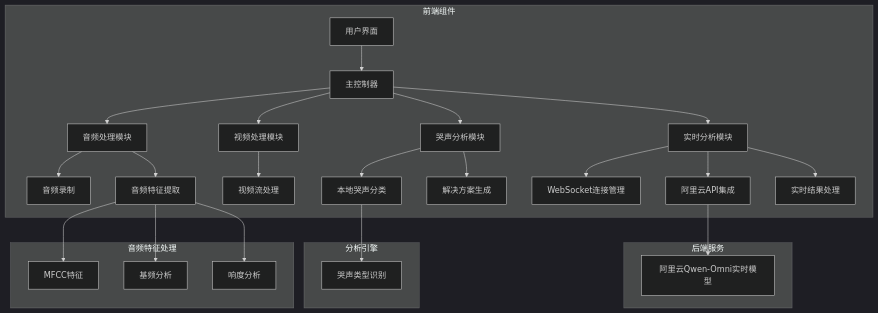
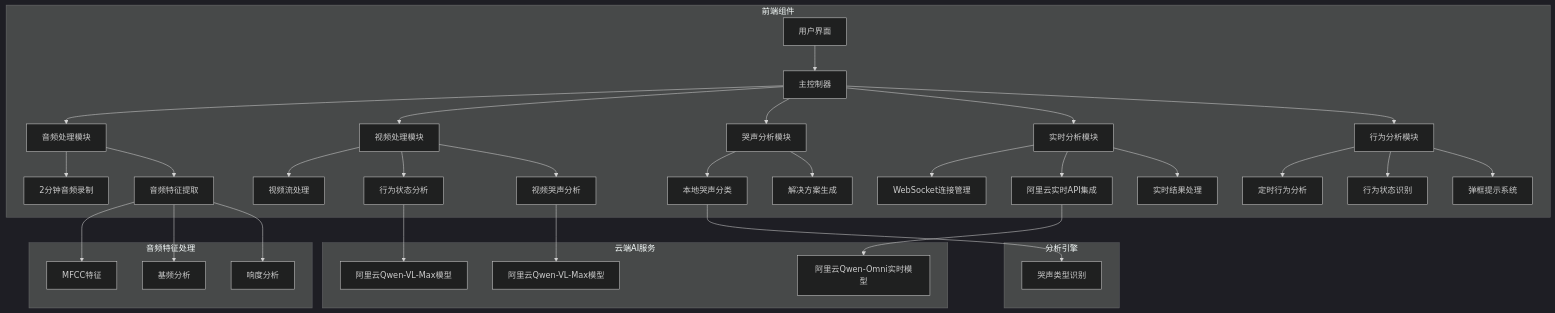
One commit to zyxcambridge/baby-cry-analyzer changed the first of 2 diagrams in docs/architecture.md. Above: the diagram before and after it, drawn with Mermaid (dark theme). The commit also changed other lines of this file and 3 other files, not shown here.

Commit message:
更新标题和功能描述，优化综合分析逻辑，更新README和架构图

````diff
--- a/docs/architecture.md
+++ b/docs/architecture.md
@@ -5,59 +5,77 @@
 ```mermaid
 graph TD
     A[用户界面] --> B[主控制器]
     B --> C[音频处理模块]
     B --> D[视频处理模块]
     B --> E[哭声分析模块]
     B --> F[实时分析模块]
+    B --> G[行为分析模块]
     
-    C --> G[音频录制]
-    C --> H[音频特征提取]
+    C --> H[2分钟音频录制]
+    C --> I[音频特征提取]
     
-    E --> I[本地哭声分类]
-    E --> J[解决方案生成]
+    D --> J[视频流处理]
+    D --> K[行为状态分析]
+    D --> L[视频哭声分析]
     
-    F --> K[WebSocket连接管理]
-    F --> L[阿里云API集成]
-    F --> M[实时结果处理]
+    E --> M[本地哭声分类]
+    E --> N[解决方案生成]
     
-    D --> N[视频流处理]
+    F --> O[WebSocket连接管理]
+    F --> P[阿里云实时API集成]
+    F --> Q[实时结果处理]
     
-    H --> O[MFCC特征]
-    H --> P[基频分析]
-    H --> Q[响度分析]
+    G --> R[定时行为分析]
+    G --> S[行为状态识别]
+    G --> T[弹框提示系统]
     
-    L --> R[阿里云Qwen-Omni实时模型]
+    I --> U[MFCC特征]
+    I --> V[基频分析]
+    I --> W[响度分析]
     
-    I --> S[哭声类型识别]
+    P --> X[阿里云Qwen-Omni实时模型]
+    L --> Y[阿里云Qwen-VL-Max模型]
+    K --> Z[阿里云Qwen-VL-Max模型]
+    
+    M --> AA[哭声类型识别]
     
     subgraph 前端组件
         A
         B
         C
         D
         E
         F
         G
         H
         I
         J
         K
         L
         M
         N
+        O
+        P
+        Q
+        R
+        S
+        T
     end
     
     subgraph 音频特征处理
-        O
-        P
-        Q
+        U
+        V
+        W
     end
     
-    subgraph 后端服务
-        R
+    subgraph 云端AI服务
+        X
+        Y
+        Z
     end
     
     subgraph 分析引擎
+        AA
         S
     end
 ```
````
